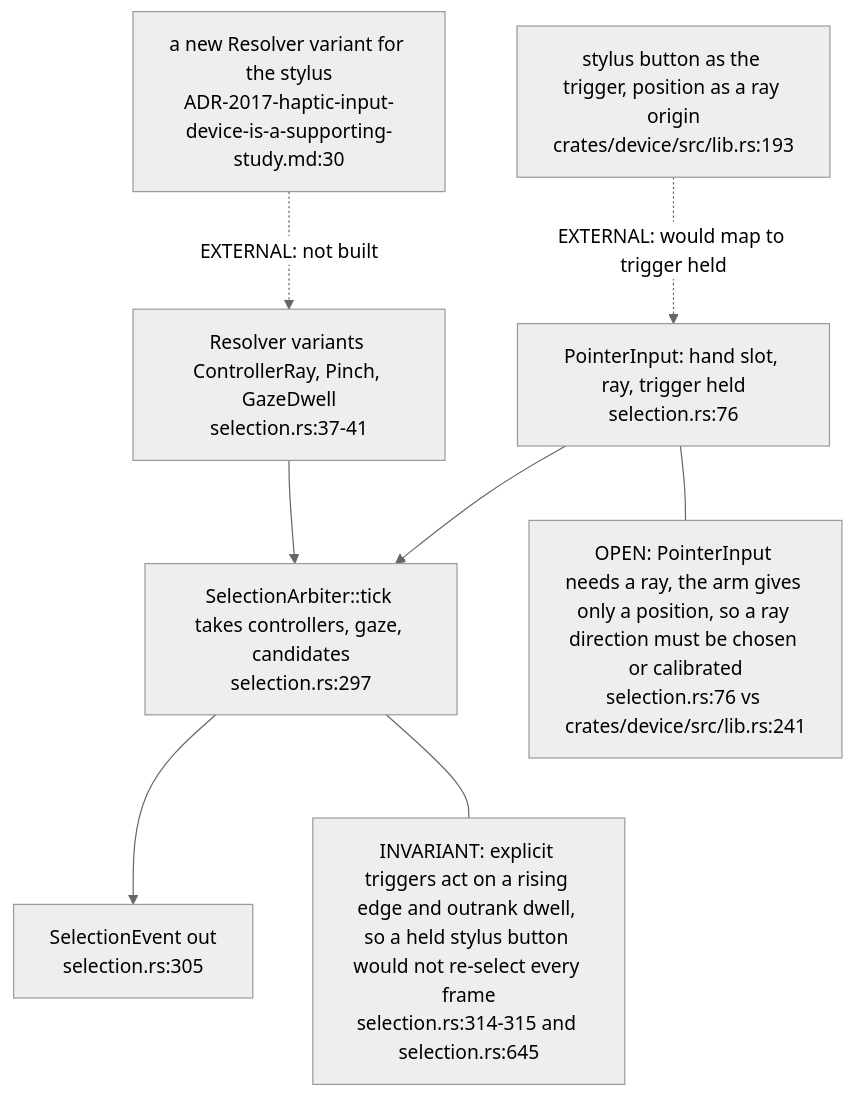
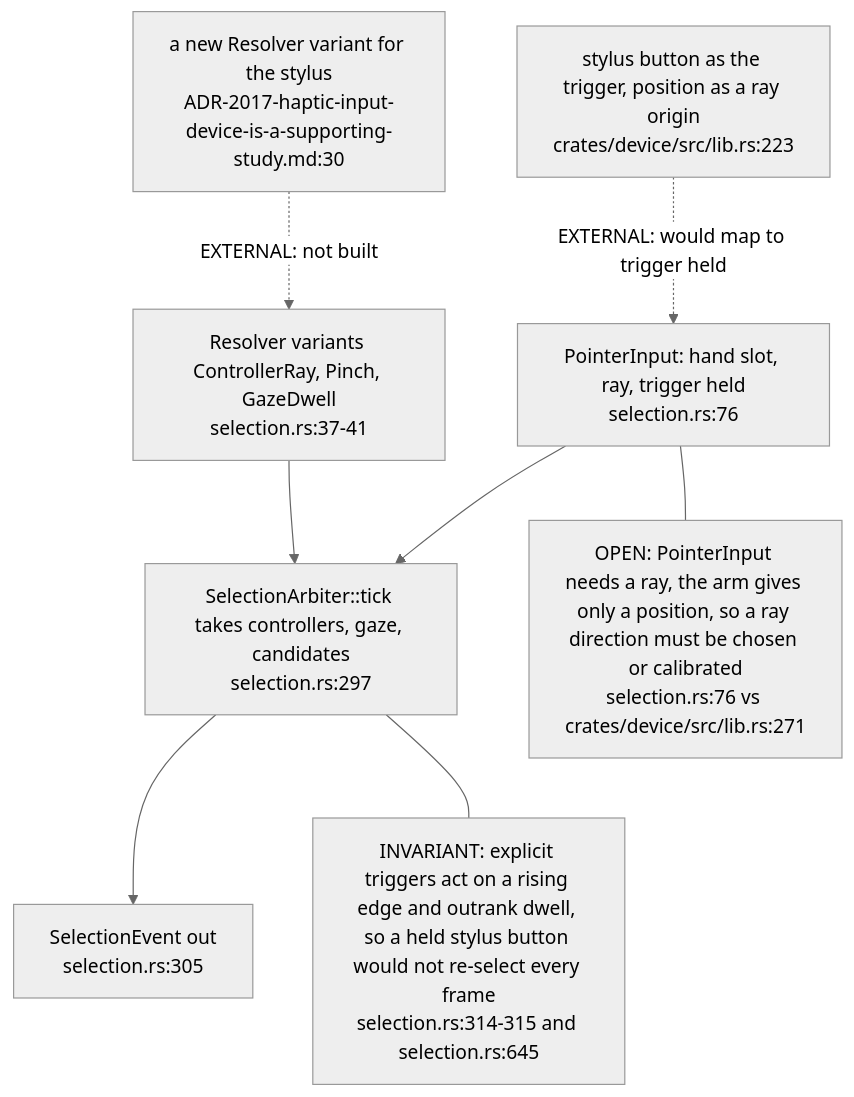
Before and after one commit to DreamLab-AI/VisionFlow: the fourth of 4 diagrams in docs/diagrams/visiontouch-rs/07-estate-position-and-future-visionclaw-grab-path.md, drawn with Mermaid (neutral theme). The commit also changed other lines of this file and 36 other files, not shown here.

First line of the commit message:
docs(diagrams): re-derive and re-stamp agentbox, dream-engine, visioncraft, visiontouch and vowl topics; drop LAN addresses

````diff
--- a/docs/diagrams/visiontouch-rs/07-estate-position-and-future-visionclaw-grab-path.md
+++ b/docs/diagrams/visiontouch-rs/07-estate-position-and-future-visionclaw-grab-path.md
@@ -114,18 +114,18 @@
 ```mermaid
 flowchart TB
     PI["PointerInput: hand slot, ray, trigger held<br/>selection.rs:76"]
     RES["Resolver variants ControllerRay, Pinch, GazeDwell<br/>selection.rs:37-41"]
     ARB["SelectionArbiter::tick takes controllers, gaze, candidates<br/>selection.rs:297"]
     EVT["SelectionEvent out<br/>selection.rs:305"]
     NEW["a new Resolver variant for the stylus<br/>ADR-2017-haptic-input-device-is-a-supporting-study.md:30"]
-    STY["stylus button as the trigger, position as a ray origin<br/>crates/device/src/lib.rs:193"]
+    STY["stylus button as the trigger, position as a ray origin<br/>crates/device/src/lib.rs:223"]
     STY -. "EXTERNAL: would map to trigger held" .-> PI
     PI --> ARB
     RES --> ARB
     ARB --> EVT
     NEW -. "EXTERNAL: not built" .-> RES
     N1["INVARIANT: explicit triggers act on a rising edge and outrank dwell, so a held stylus button would not re-select every frame<br/>selection.rs:314-315 and selection.rs:645"]
-    N2["OPEN: PointerInput needs a ray, the arm gives only a position, so a ray direction must be chosen or calibrated<br/>selection.rs:76 vs crates/device/src/lib.rs:241"]
+    N2["OPEN: PointerInput needs a ray, the arm gives only a position, so a ray direction must be chosen or calibrated<br/>selection.rs:76 vs crates/device/src/lib.rs:271"]
     ARB --- N1
     PI --- N2
 ```
````
